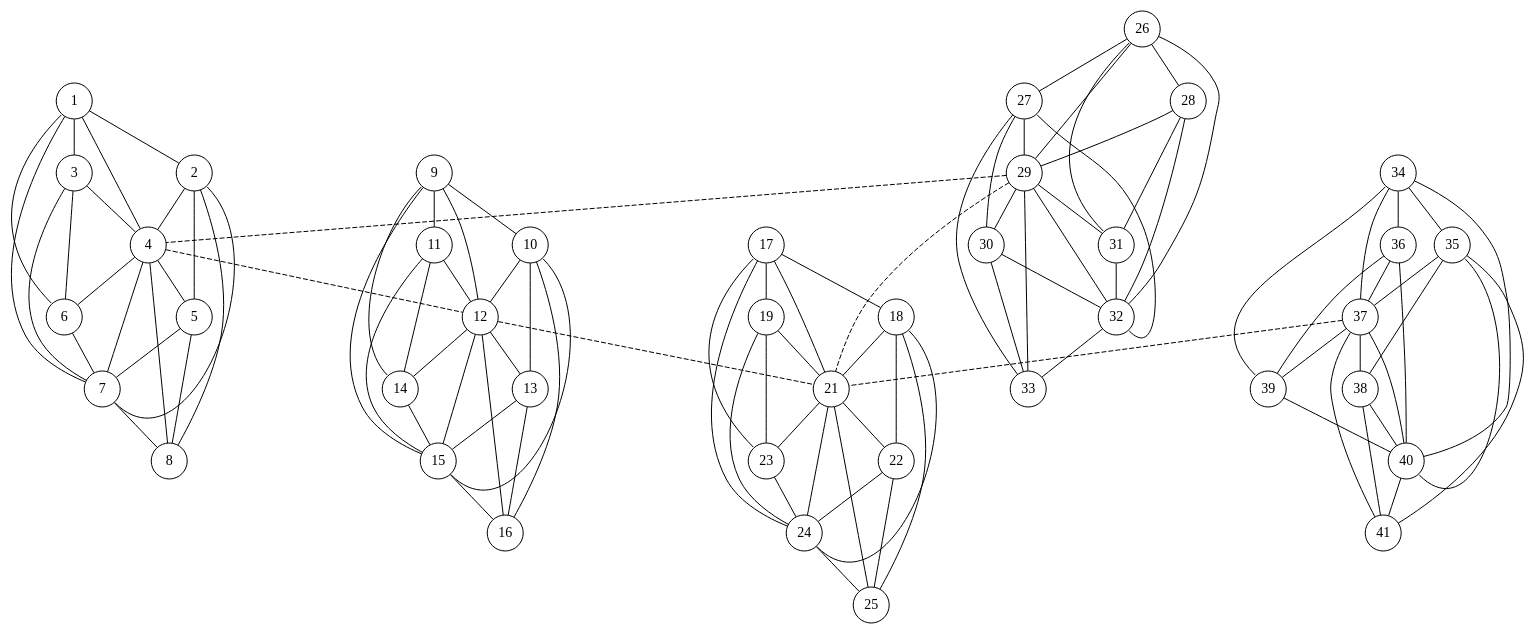
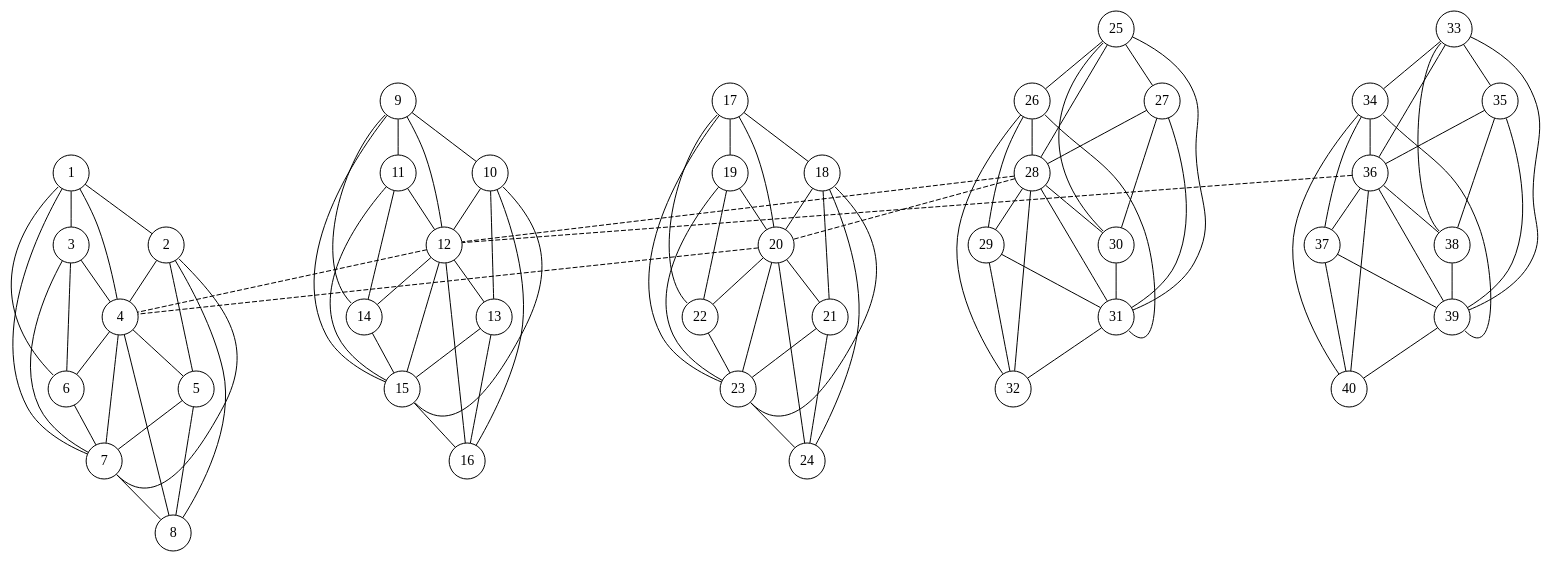
One commit to vladklokun/university-stuff changed the diagram in y03s02/computer-systems/coursework/02-report/assets/cluster-08-05-grid-s05.dot. Above: the diagram before and after it, drawn with Graphviz. The commit also changed 25 other files, not shown here.

Commit message:
Y03S02: Computer Systems: Coursework 01: update diagrams, fix figure and table placement. (Version 01).

```diff
--- a/y03s02/computer-systems/coursework/02-report/assets/cluster-08-05-grid-s05.dot
+++ b/y03s02/computer-systems/coursework/02-report/assets/cluster-08-05-grid-s05.dot
@@ -1,137 +1,137 @@
 /*
  * Build using:
  * neato -Tpdf -O cluster_08.dot
  *
  */
 graph {
 	graph [
 		overlap=true,
 		splines=true,
 		margin = "0,0",
 		fontname = "STIX Two Math",
 		esep = "0.5"
 	];
 
 	node [
 		shape=circle,
 		fixedsize=true, // don't allow nodes to change sizes dynamically
 		width=0.5, // relative to the underlying coordinate grid?
 		color="black", // node border color (X11 or HTML colors)
 		fillcolor="white", // node fill color (X11 or HTML colors)
 		fontname = "STIX Two Math",
 	];
 
 	edge [
 	];
 
-	c1n1 [pos="-02.00, 02.00!", label="1"];
-	c1n2 [pos="-01.00, 02.00!", label="2"];
-	c1n3 [pos="-02.50, 01.00!", label="3"];
-	c1n4 [pos="-01.50, 01.00!", label="4"];
-	c1n5 [pos="-00.50, 01.00!", label="5"];
-	c1n6 [pos="-03.00, 00.00!", label="6"];
-	c1n7 [pos="-02.00, 00.00!", label="7"];
-	c1n8 [pos="-01.00, 00.00!", label="8"];
+	c1n1 [pos="01.00, 02.00!", label="1"];
+	c1n2 [pos="02.00, 02.00!", label="2"];
+	c1n3 [pos="00.50, 01.00!", label="3"];
+	c1n4 [pos="01.50, 01.00!", label="4"];
+	c1n5 [pos="02.50, 01.00!", label="5"];
+	c1n6 [pos="00.00, 00.00!", label="6"];
+	c1n7 [pos="01.00, 00.00!", label="7"];
+	c1n8 [pos="02.00, 00.00!", label="8"];
 	subgraph 1 {
 		c1n1:sw -- c1n6:nw;
 		c1n1 -- {c1n3 c1n7 c1n4 c1n2};
 		c1n2 -- {c1n4 c1n8 c1n5};
 		c1n2:se -- c1n7:se;
 		c1n3 -- {c1n4 c1n7 c1n6};
 		c1n4 -- {c1n5 c1n8 c1n7 c1n6};
 		c1n5 -- {c1n7 c1n8};
 		c1n6 -- {c1n7};
 		c1n7 -- {c1n8 };
 		c1n8 -- {};
 	}
 
-	c2n1 [pos="-02.00, 05.00!", label="9"];
-	c2n2 [pos="-01.00, 05.00!", label="10"];
-	c2n3 [pos="-02.50, 04.00!", label="11"];
-	c2n4 [pos="-01.50, 04.00!", label="12"];
-	c2n5 [pos="-00.50, 04.00!", label="13"];
-	c2n6 [pos="-03.00, 03.00!", label="14"];
-	c2n7 [pos="-02.00, 03.00!", label="15"];
-	c2n8 [pos="-01.00, 03.00!", label="16"];
+	c2n1 [pos="04.00, 02.00!", label="9"];
+	c2n2 [pos="05.00, 02.00!", label="10"];
+	c2n3 [pos="03.50, 01.00!", label="11"];
+	c2n4 [pos="04.50, 01.00!", label="12"];
+	c2n5 [pos="05.50, 01.00!", label="13"];
+	c2n6 [pos="03.00, 00.00!", label="14"];
+	c2n7 [pos="04.00, 00.00!", label="15"];
+	c2n8 [pos="05.00, 00.00!", label="16"];
 	subgraph 2 {
 		c2n1:sw -- c2n6:nw;
 		c2n1 -- {c2n3 c2n7 c2n4 c2n2};
 		c2n2 -- {c2n4 c2n8 c2n5};
 		c2n2:se -- c2n7:se;
 		c2n3 -- {c2n4 c2n7 c2n6};
 		c2n4 -- {c2n5 c2n8 c2n7 c2n6};
 		c2n5 -- {c2n7 c2n8};
 		c2n6 -- {c2n7};
 		c2n7 -- {c2n8 };
 		c2n8 -- {};
 	}
 
-	c3n1 [pos="01.00, 05.00!", label="17"];
-	c3n2 [pos="02.00, 05.00!", label="18"];
-	c3n3 [pos="00.50, 04.00!", label="19"];
-	c3n4 [pos="01.50, 04.00!", label="21"];
-	c3n5 [pos="02.50, 04.00!", label="22"];
-	c3n6 [pos="00.00, 03.00!", label="23"];
-	c3n7 [pos="01.00, 03.00!", label="24"];
-	c3n8 [pos="02.00, 03.00!", label="25"];
+	c3n1 [pos="01.00, -01.00!", label="17"];
+	c3n2 [pos="02.00, -01.00!", label="18"];
+	c3n3 [pos="00.50, -02.00!", label="19"];
+	c3n4 [pos="01.50, -02.00!", label="20"];
+	c3n5 [pos="02.50, -02.00!", label="21"];
+	c3n6 [pos="00.00, -03.00!", label="22"];
+	c3n7 [pos="01.00, -03.00!", label="23"];
+	c3n8 [pos="02.00, -03.00!", label="24"];
 	subgraph 3 {
 		c3n1:sw -- c3n6:nw;
 		c3n1 -- {c3n3 c3n7 c3n4 c3n2};
 		c3n2 -- {c3n4 c3n8 c3n5};
 		c3n2:se -- c3n7:se;
 		c3n3 -- {c3n4 c3n7 c3n6};
 		c3n4 -- {c3n5 c3n8 c3n7 c3n6};
 		c3n5 -- {c3n7 c3n8};
 		c3n6 -- {c3n7};
 		c3n7 -- {c3n8 };
 		c3n8 -- {};
 	}
 
-	c4n1 [pos="01.00, 02.00!", label="26"];
-	c4n2 [pos="02.00, 02.00!", label="27"];
-	c4n3 [pos="00.50, 01.00!", label="28"];
-	c4n4 [pos="01.50, 01.00!", label="29"];
-	c4n5 [pos="02.50, 01.00!", label="30"];
-	c4n6 [pos="00.00, 00.00!", label="31"];
-	c4n7 [pos="01.00, 00.00!", label="32"];
-	c4n8 [pos="02.00, 00.00!", label="33"];
+	c4n1 [pos="04.00, -01.00!", label="25"];
+	c4n2 [pos="05.00, -01.00!", label="26"];
+	c4n3 [pos="03.50, -02.00!", label="27"];
+	c4n4 [pos="04.50, -02.00!", label="28"];
+	c4n5 [pos="05.50, -02.00!", label="29"];
+	c4n6 [pos="03.00, -03.00!", label="30"];
+	c4n7 [pos="04.00, -03.00!", label="31"];
+	c4n8 [pos="05.00, -03.00!", label="32"];
 	subgraph 4 {
 		c4n1:sw -- c4n6:nw;
 		c4n1 -- {c4n3 c4n7 c4n4 c4n2};
 		c4n2 -- {c4n4 c4n8 c4n5};
 		c4n2:se -- c4n7:se;
 		c4n3 -- {c4n4 c4n7 c4n6};
 		c4n4 -- {c4n5 c4n8 c4n7 c4n6};
 		c4n5 -- {c4n7 c4n8};
 		c4n6 -- {c4n7};
 		c4n7 -- {c4n8 };
 		c4n8 -- {};
 	}
 
-	c5n1 [pos="04.00, 05.00!", label="34"];
-	c5n2 [pos="05.00, 05.00!", label="35"];
-	c5n3 [pos="03.50, 04.00!", label="36"];
-	c5n4 [pos="04.50, 04.00!", label="37"];
-	c5n5 [pos="05.50, 04.00!", label="38"];
-	c5n6 [pos="03.00, 03.00!", label="39"];
-	c5n7 [pos="04.00, 03.00!", label="40"];
-	c5n8 [pos="05.00, 03.00!", label="41"];
+	c5n1 [pos="07.00, 02.00!", label="33"];
+	c5n2 [pos="08.00, 02.00!", label="34"];
+	c5n3 [pos="06.50, 01.00!", label="35"];
+	c5n4 [pos="07.50, 01.00!", label="36"];
+	c5n5 [pos="08.50, 01.00!", label="37"];
+	c5n6 [pos="06.00, 00.00!", label="38"];
+	c5n7 [pos="07.00, 00.00!", label="39"];
+	c5n8 [pos="08.00, 00.00!", label="40"];
 	subgraph 5 {
 		c5n1:sw -- c5n6:nw;
 		c5n1 -- {c5n3 c5n7 c5n4 c5n2};
 		c5n2 -- {c5n4 c5n8 c5n5};
 		c5n2:se -- c5n7:se;
 		c5n3 -- {c5n4 c5n7 c5n6};
 		c5n4 -- {c5n5 c5n8 c5n7 c5n6};
 		c5n5 -- {c5n7 c5n8};
 		c5n6 -- {c5n7};
 		c5n7 -- {c5n8 };
 		c5n8 -- {};
 	}
 
-	c1n4 -- c2n4 [style = dashed];
-	c2n4 -- c3n4 [style = dashed];
-	c4n4 -- c1n4 [style = dashed];
+	c2n4 -- c1n4 [style = dashed];
+	c3n4 -- c1n4 [style = dashed];
 	c4n4 -- c3n4 [style = dashed];
-	c5n4 -- c3n4 [style = dashed];
+	c4n4 -- c2n4 [style = dashed];
+	c5n4 -- c2n4 [style = dashed];
 }
```
